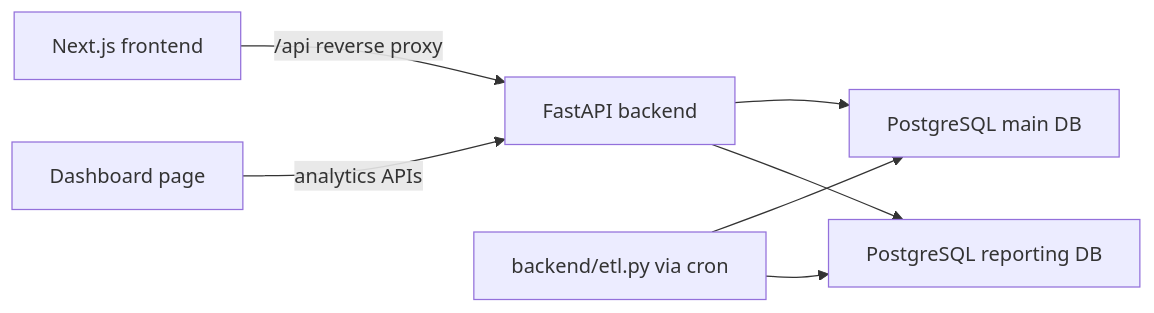
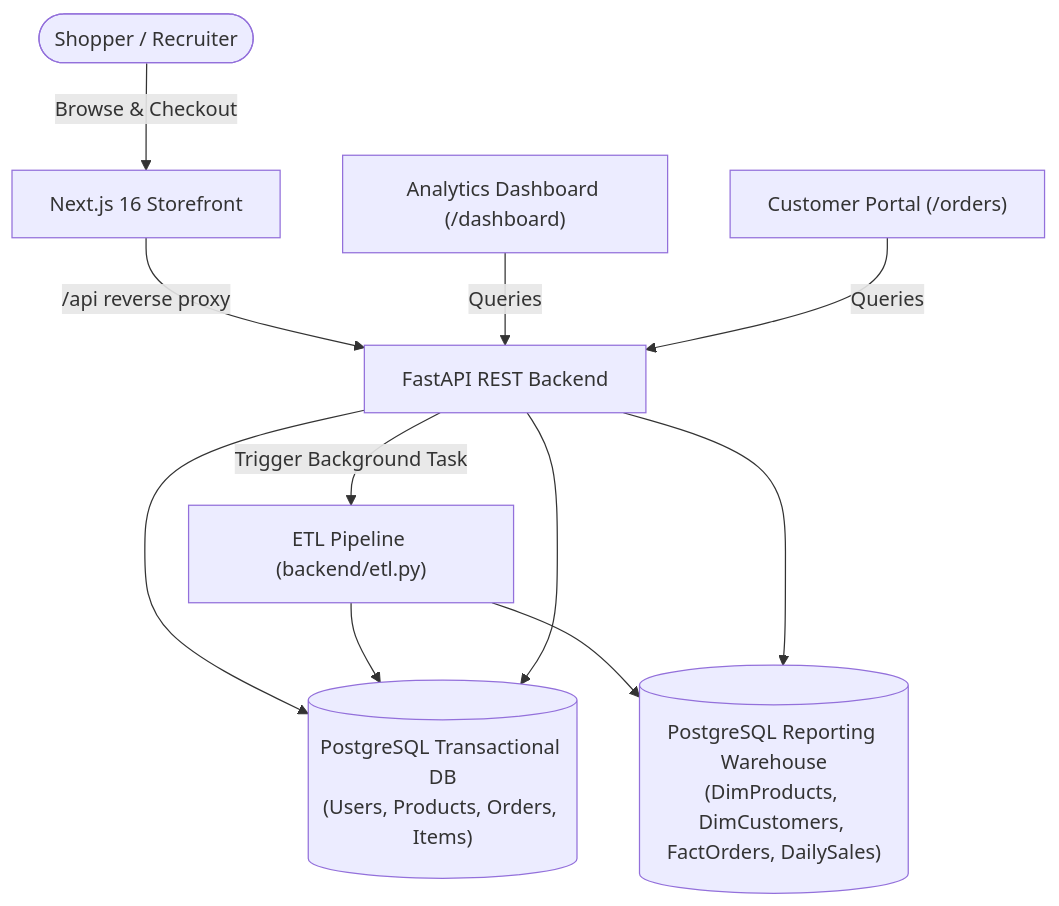
The diagram in README.md (Kent0625/Full_Stack-Ecommerce), drawn with Mermaid before and after one commit. The commit also changed other lines of this file and 22 other files, not shown here.

Commit message:
feat: enhance for portfolio with customer orders portal, 1-click demo login, dockerization, and permanent cloud deployment guide

````diff
--- a/README.md
+++ b/README.md
@@ -40,9 +35,13 @@
 ```mermaid
-flowchart LR
-  Browser["Next.js frontend"] -->|/api reverse proxy| FastAPI["FastAPI backend"]
-  FastAPI --> MainDB["PostgreSQL main DB"]
-  ETL["backend/etl.py via cron"] --> MainDB
-  ETL --> ReportingDB["PostgreSQL reporting DB"]
-  FastAPI --> ReportingDB
-  Dashboard["Dashboard page"] -->|analytics APIs| FastAPI
+flowchart TD
+  User([Shopper / Recruiter]) -->|Browse & Checkout| Frontend["Next.js 16 Storefront"]
+  Frontend -->|/api reverse proxy| API["FastAPI REST Backend"]
+  API --> MainDB[("PostgreSQL Transactional DB<br/>(Users, Products, Orders, Items)")]
+  API -->|Trigger Background Task| ETL["ETL Pipeline (backend/etl.py)"]
+  ETL --> MainDB
+  ETL --> ReportingDB[("PostgreSQL Reporting Warehouse<br/>(DimProducts, DimCustomers, FactOrders, DailySales)")]
+  Dashboard["Analytics Dashboard (/dashboard)"] -->|Queries| API
+  API --> ReportingDB
+  Customer["Customer Portal (/orders)"] -->|Queries| API
+  API --> MainDB
 ```
````
